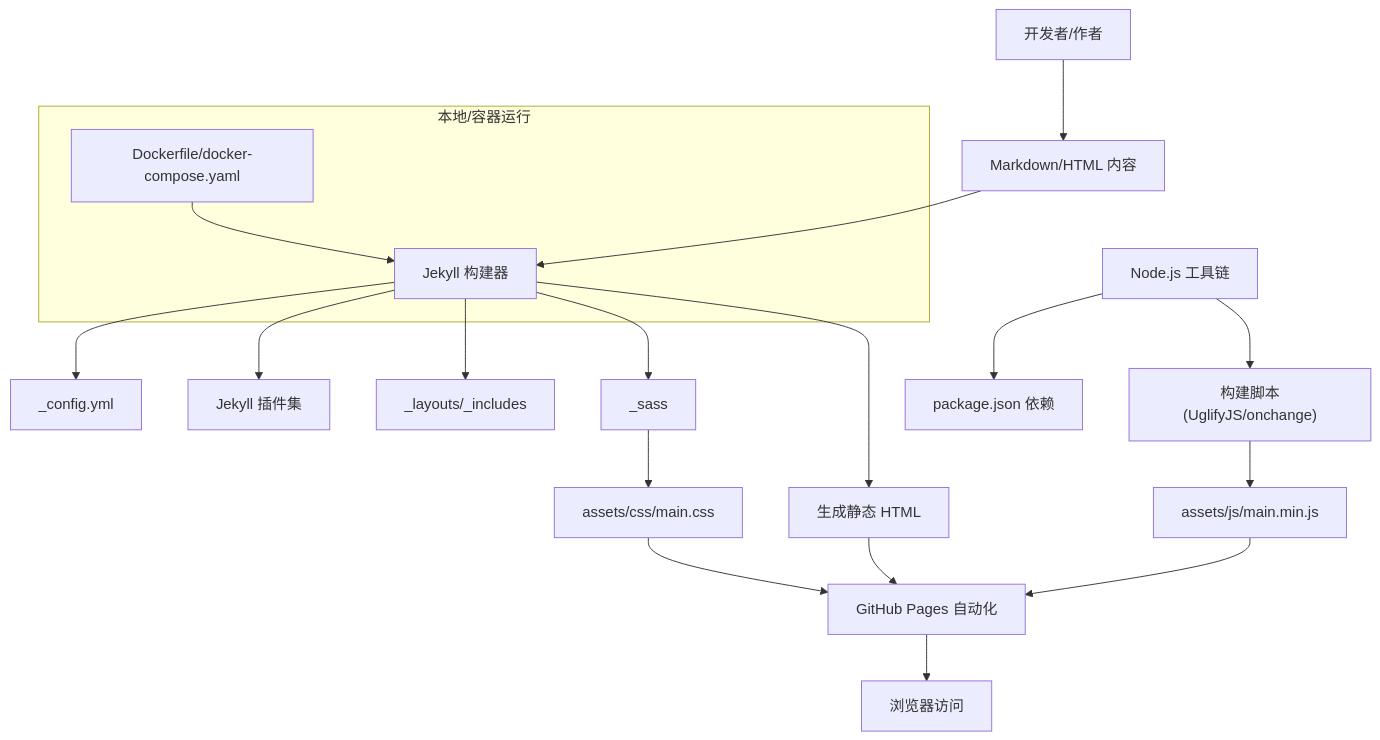
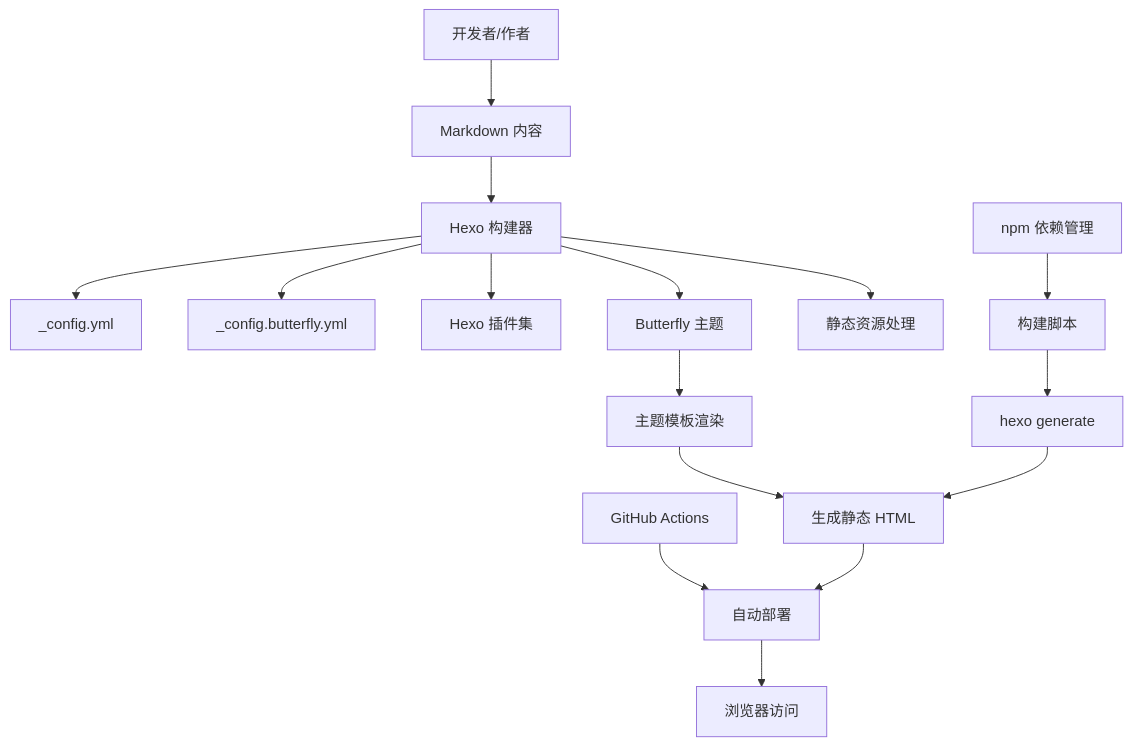
One commit to CoolPig0720/CoolPig0720.github.io changed the second of 3 diagrams in .qoder/repowiki/zh/content/项目概述/技术栈概览.md. Above: the diagram before and after it, drawn with Mermaid. The commit also changed other lines of this file and 36 other files, not shown here.

````diff
--- a/.qoder/repowiki/zh/content/项目概述/技术栈概览.md
+++ b/.qoder/repowiki/zh/content/项目概述/技术栈概览.md
@@ -124,22 +127,18 @@
 ```mermaid
 graph TB
-Dev["开发者/作者"] --> Edit["Markdown/HTML 内容"]
-Edit --> Jekyll["Jekyll 构建器"]
-Jekyll --> Config["_config.yml"]
-Jekyll --> Plugins["Jekyll 插件集"]
-Jekyll --> Templates["_layouts/_includes"]
-Jekyll --> Sass["_sass"]
-Sass --> CSS["assets/css/main.css"]
-Jekyll --> HTML["生成静态 HTML"]
-Frontend["Node.js 工具链"] --> NPM_Pkg["package.json 依赖"]
-Frontend --> Scripts["构建脚本(UglifyJS/onchange)"]
-Scripts --> JS["assets/js/main.min.js"]
-HTML --> GH["GitHub Pages 自动化"]
-CSS --> GH
-JS --> GH
-GH --> Browser["浏览器访问"]
-subgraph "本地/容器运行"
-Docker["Dockerfile/docker-compose.yaml"]
-Docker --> Jekyll
-end
+Dev["开发者/作者"] --> Edit["Markdown 内容"]
+Edit --> Hexo["Hexo 构建器"]
+Hexo --> Config["_config.yml"]
+Hexo --> ThemeConfig["_config.butterfly.yml"]
+Hexo --> Plugins["Hexo 插件集"]
+Hexo --> Theme["Butterfly 主题"]
+Theme --> Templates["主题模板渲染"]
+Templates --> HTML["生成静态 HTML"]
+Hexo --> Assets["静态资源处理"]
+NPM["npm 依赖管理"] --> Scripts["构建脚本"]
+Scripts --> Build["hexo generate"]
+Build --> HTML
+Actions["GitHub Actions"] --> Deploy["自动部署"]
+HTML --> Deploy
+Deploy --> Browser["浏览器访问"]
 ```
````
